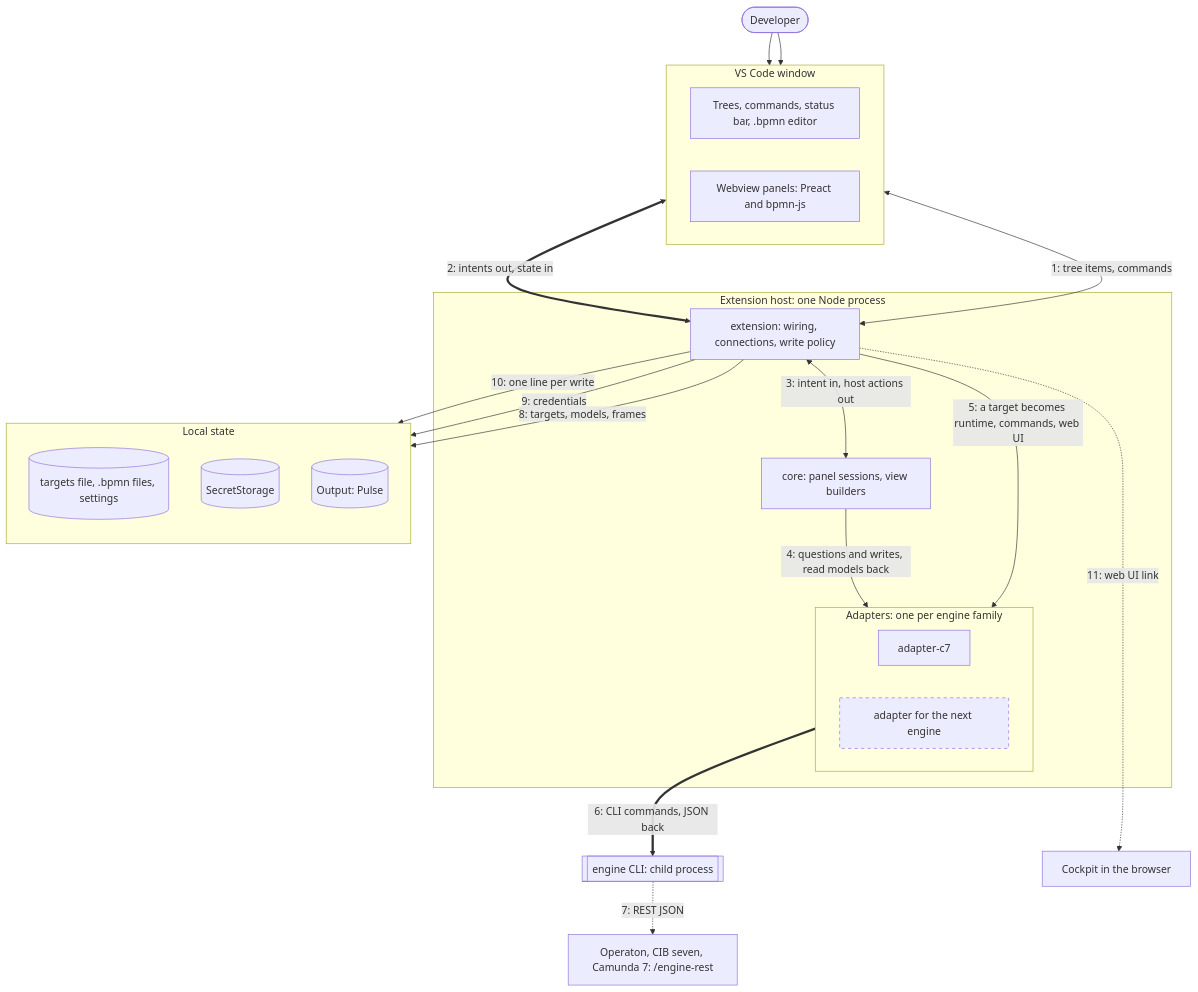
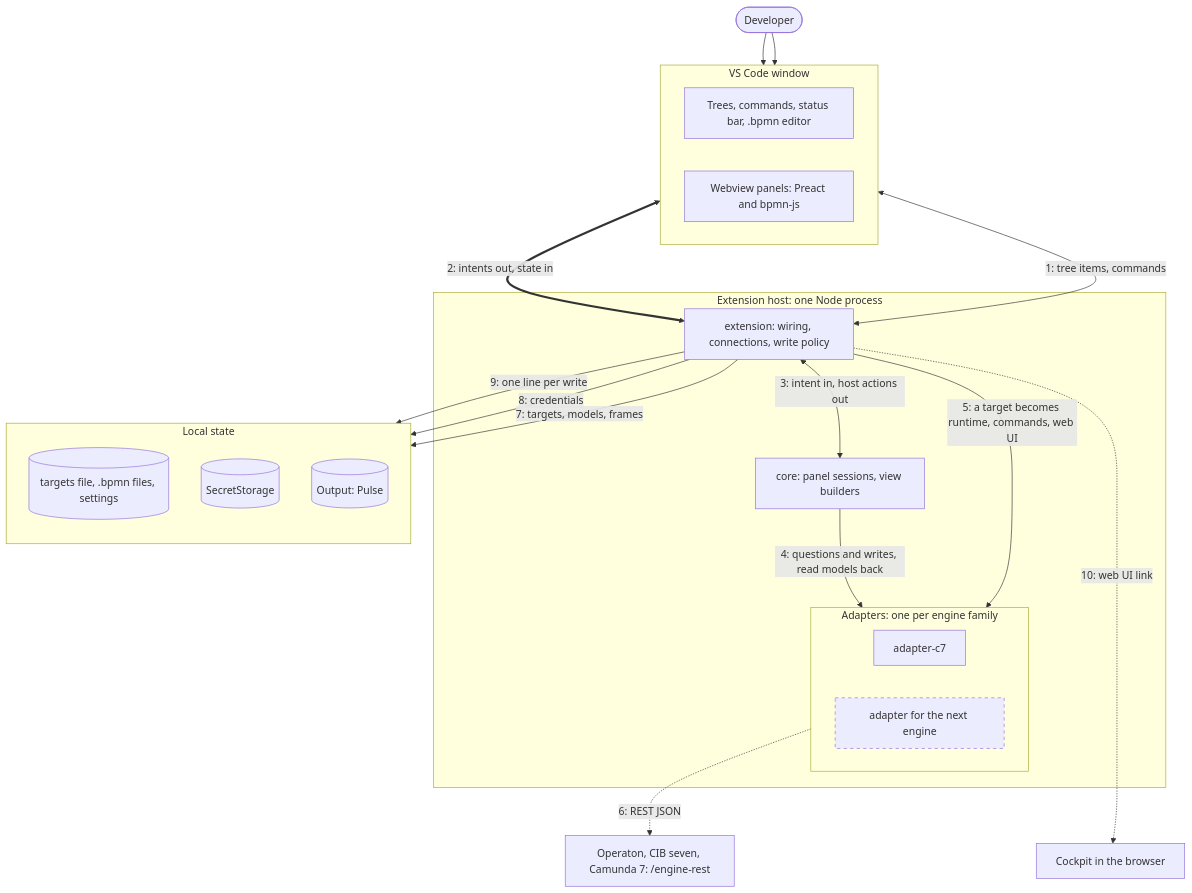
The first of 7 diagrams in apps/vscode/docs/architecture-overview.md (Miragon/pulse), drawn with Mermaid before and after one commit. The commit also changed other lines of this file and 268 other files, not shown here.

````diff
--- a/apps/vscode/docs/architecture-overview.md
+++ b/apps/vscode/docs/architecture-overview.md
@@ -8,44 +8,42 @@
 ```mermaid
 flowchart TB
   user([Developer])
   subgraph window [VS Code window]
     direction LR
     workbench["Trees, commands, status bar, .bpmn editor"]
     webview["Webview panels: Preact and bpmn-js"]
   end
   subgraph host [Extension host: one Node process]
     extension["extension: wiring, connections, write policy"]
     core["core: panel sessions, view builders"]
     subgraph adapters [Adapters: one per engine family]
       direction LR
       c7[adapter-c7]
       next["adapter for the next engine"]
     end
   end
   subgraph local [Local state]
     direction TB
     files[("targets file, .bpmn files, settings")]
     secrets[("SecretStorage")]
     audit[("Output: Pulse")]
   end
 
-  cli[["engine CLI: child process"]]
   c7engines["Operaton, CIB seven, Camunda 7: /engine-rest"]
   webui["Cockpit in the browser"]
 
   user --> workbench & webview
   workbench <-- "1: tree items, commands" --> extension
   webview <== "2: intents out, state in" ==> extension
-  extension -- "8: targets, models, frames" --> files
-  extension -- "9: credentials" --> secrets
-  extension -- "10: one line per write" --> audit
+  extension -- "7: targets, models, frames" --> files
+  extension -- "8: credentials" --> secrets
+  extension -- "9: one line per write" --> audit
   extension <-- "3: intent in, host actions out" --> core
   extension -- "5: a target becomes runtime, commands, web UI" --> adapters
-  extension -. "11: web UI link" .-> webui
+  extension -. "10: web UI link" .-> webui
   core -- "4: questions and writes, read models back" --> adapters
-  c7 == "6: CLI commands, JSON back" ==> cli
-  cli -. "7: REST JSON" .-> c7engines
+  c7 -. "6: REST JSON" .-> c7engines
   c7 ~~~ webui
   classDef planned stroke-dasharray: 5 5
   class next planned
 ```
````
